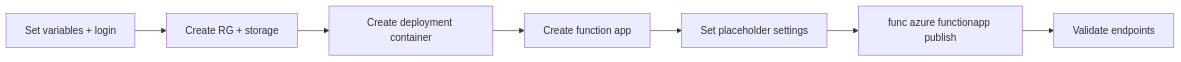
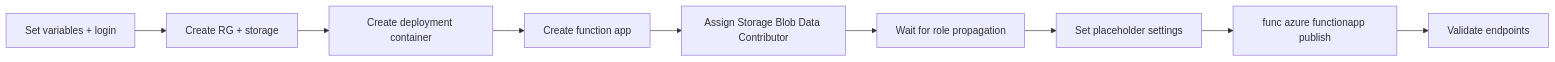
The second of 2 diagrams in docs/language-guides/python/tutorial/flex-consumption/02-first-deploy.md (yeongseon/azure-functions-practical-guide), drawn with Mermaid before and after one commit. The commit also changed other lines of this file and 9 other files, not shown here.

````diff
--- a/docs/language-guides/python/tutorial/flex-consumption/02-first-deploy.md
+++ b/docs/language-guides/python/tutorial/flex-consumption/02-first-deploy.md
@@ -76,9 +76,11 @@
 ```mermaid
 flowchart LR
     A[Set variables + login] --> B[Create RG + storage]
     B --> C[Create deployment container]
     C --> D[Create function app]
-    D --> E[Set placeholder settings]
-    E --> F["func azure functionapp publish"]
-    F --> G[Validate endpoints]
+    D --> E[Assign Storage Blob Data Contributor]
+    E --> F[Wait for role propagation]
+    F --> G[Set placeholder settings]
+    G --> H["func azure functionapp publish"]
+    H --> I[Validate endpoints]
 ```
````
